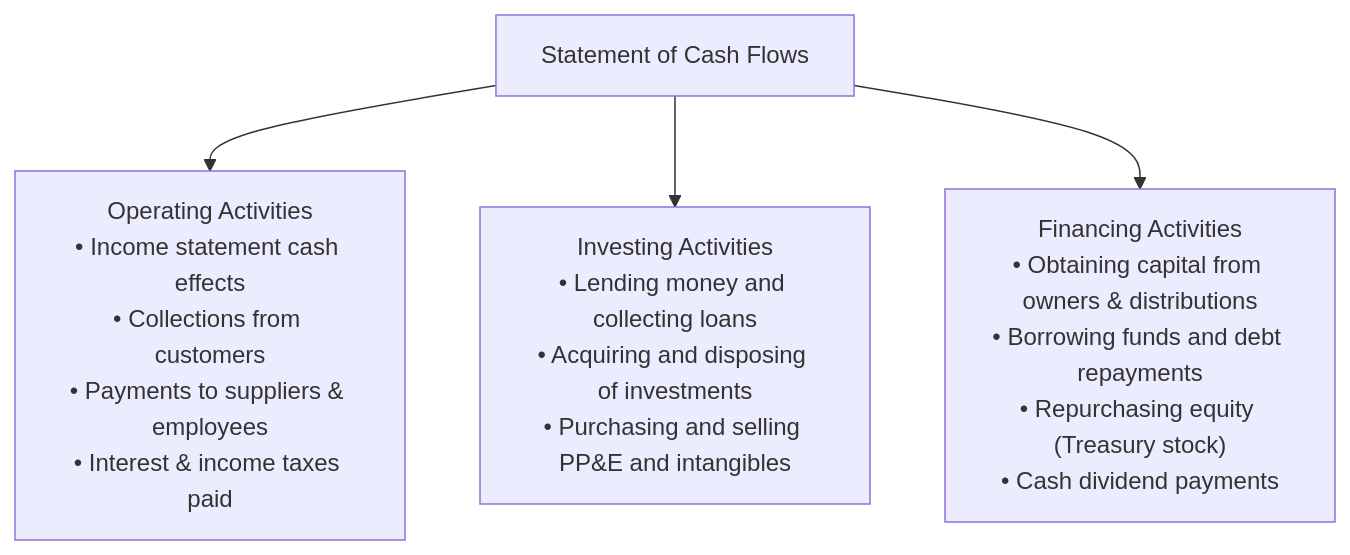
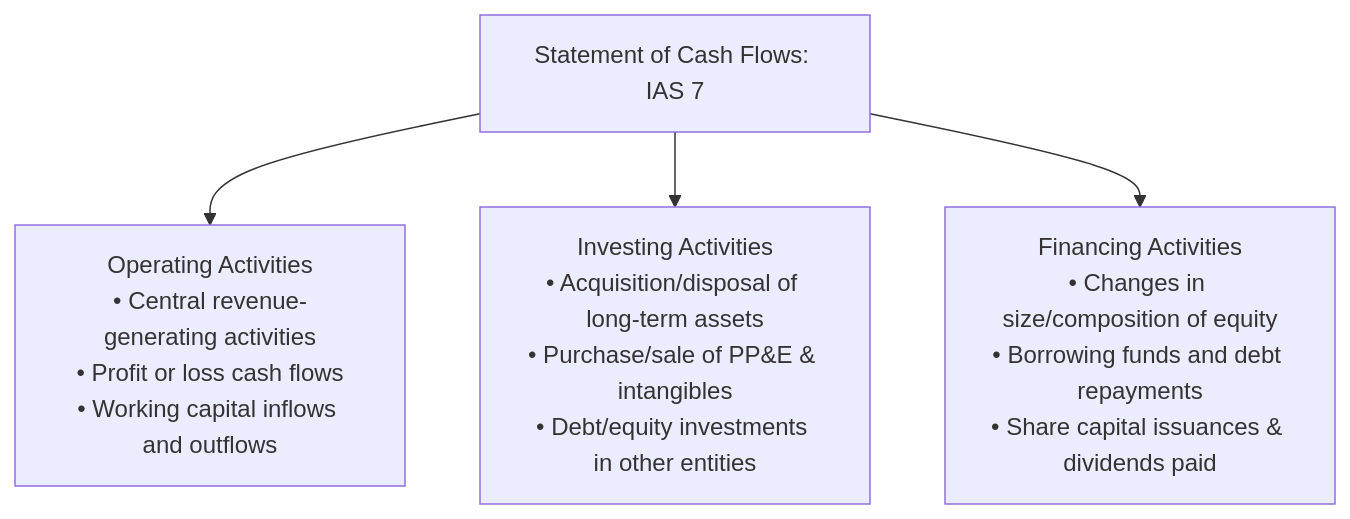
One commit to Soohaeib/shared-obsidian-notes changed the first of 2 diagrams in note-res/ai-comprehension/acc-301-intermediate-accounting/phase-4/acc-301-notes-step-13.md. Above: the diagram before and after it, drawn with Mermaid. The commit also changed other lines of this file and 18 other files, not shown here.

````diff
--- a/note-res/ai-comprehension/acc-301-intermediate-accounting/phase-4/acc-301-notes-step-13.md
+++ b/note-res/ai-comprehension/acc-301-intermediate-accounting/phase-4/acc-301-notes-step-13.md
@@ -32,7 +30,7 @@
 ```mermaid
 flowchart TD
-    CF[Statement of Cash Flows]
-    CF --> OA["Operating Activities<br>• Income statement cash effects<br>• Collections from customers<br>• Payments to suppliers & employees<br>• Interest & income taxes paid"]
-    CF --> IA["Investing Activities<br>• Lending money and collecting loans<br>• Acquiring and disposing of investments<br>• Purchasing and selling PP&E and intangibles"]
-    CF --> FA["Financing Activities<br>• Obtaining capital from owners & distributions<br>• Borrowing funds and debt repayments<br>• Repurchasing equity (Treasury stock)<br>• Cash dividend payments"]
+    CF[Statement of Cash Flows: IAS 7]
+    CF --> OA["Operating Activities<br>• Central revenue-generating activities<br>• Profit or loss cash flows<br>• Working capital inflows and outflows"]
+    CF --> IA["Investing Activities<br>• Acquisition/disposal of long-term assets<br>• Purchase/sale of PP&E & intangibles<br>• Debt/equity investments in other entities"]
+    CF --> FA["Financing Activities<br>• Changes in size/composition of equity<br>• Borrowing funds and debt repayments<br>• Share capital issuances & dividends paid"]
 ```
````
